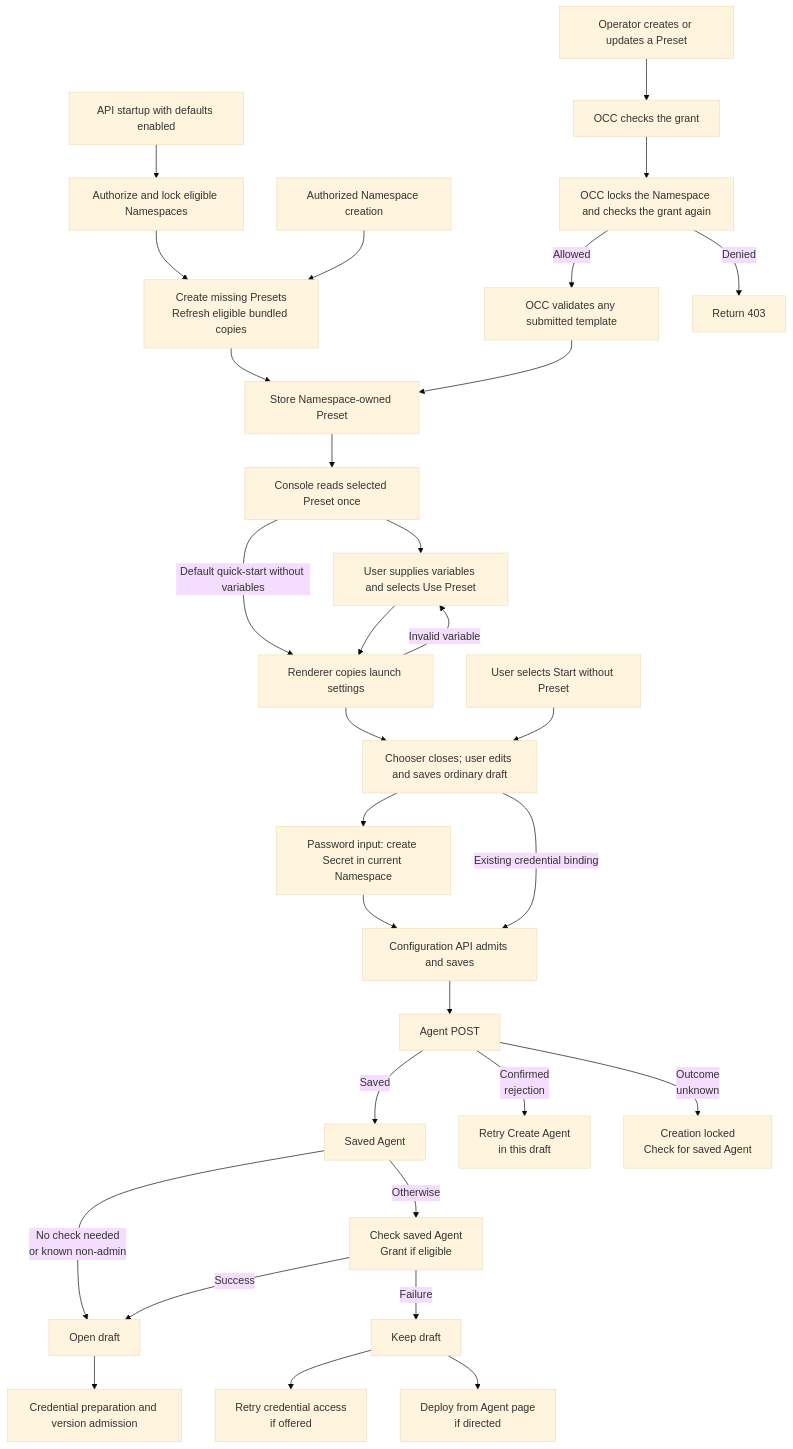
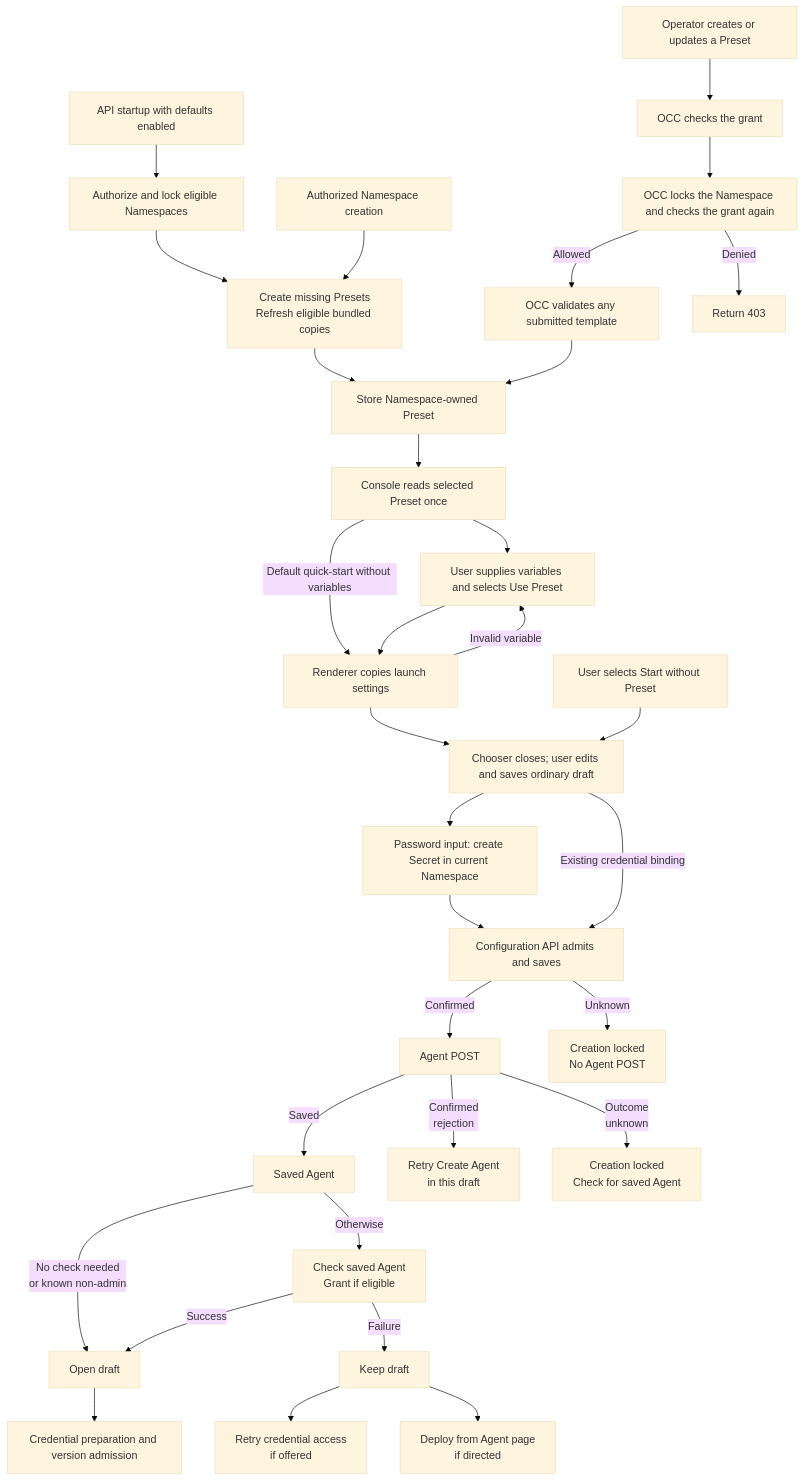
One commit to openclaw/openclaw-enterprise changed the diagram in docs/flows/agent-presets.md. Above: the diagram before and after it, drawn with Mermaid (base theme). The commit also changed other lines of this file and 2 other files, not shown here.

````diff
--- a/docs/flows/agent-presets.md
+++ b/docs/flows/agent-presets.md
@@ -35,33 +35,34 @@
 ```mermaid
 graph TD
   S0["API startup with defaults enabled"] --> S1["Authorize and lock eligible Namespaces"]
   S1 --> S2["Create missing Presets<br/>Refresh eligible bundled copies"]
   S2 --> C
   N["Authorized Namespace creation"] --> S2
   A["Operator creates or updates a Preset"] --> B["OCC checks the grant"]
   B --> W["OCC locks the Namespace and checks the grant again"]
   W -->|Allowed| V["OCC validates any submitted template"]
   W -->|Denied| P["Return 403"]
   V --> C["Store Namespace-owned Preset"]
   C --> D["Console reads selected Preset once"]
   D --> E["User supplies variables and selects Use Preset"]
   D -->|Default quick-start without variables| F
   E --> F["Renderer copies launch settings"]
   F --> G["Chooser closes; user edits and saves ordinary draft"]
   U["User selects Start without Preset"] --> G
   G --> S["Password input: create Secret in current Namespace"]
   S --> H["Configuration API admits and saves"]
   G -->|Existing credential binding| H
-  H --> I["Agent POST"]
+  H -->|Confirmed| I["Agent POST"]
+  H -->|Unknown| X0["Creation locked<br/>No Agent POST"]
   I -->|Saved| A0["Saved Agent"]
   I -->|Confirmed<br/>rejection| K["Retry Create Agent<br/>in this draft"]
   I -->|Outcome<br/>unknown| Q["Creation locked<br/>Check for saved Agent"]
   A0 -->|No check needed<br/>or known non-admin| J["Open draft"]
   A0 -->|Otherwise| O["Check saved Agent<br/>Grant if eligible"]
   O -->|Success| J
   O -->|Failure| R["Keep draft"]
   R --> R1["Retry credential access<br/>if offered"]
   R --> R2["Deploy from Agent page<br/>if directed"]
   F -->|Invalid variable| E
   J --> L["Credential preparation and version admission"]
 ```
````
